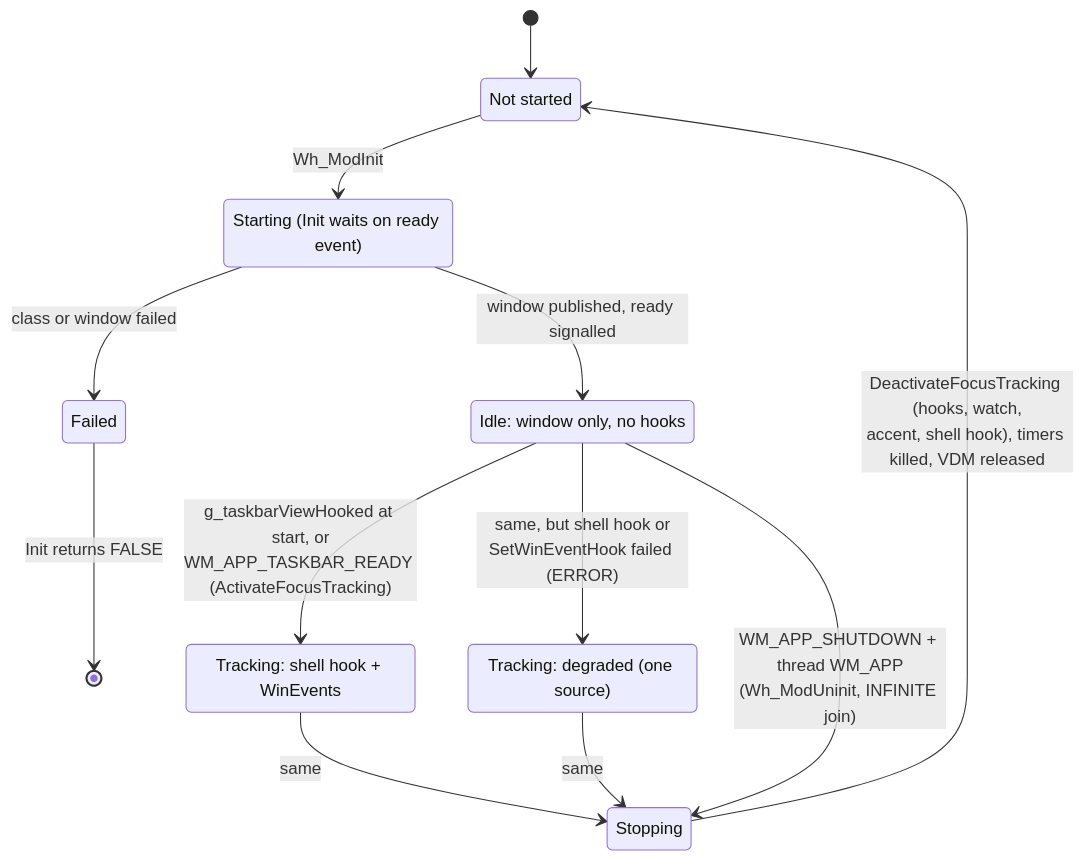
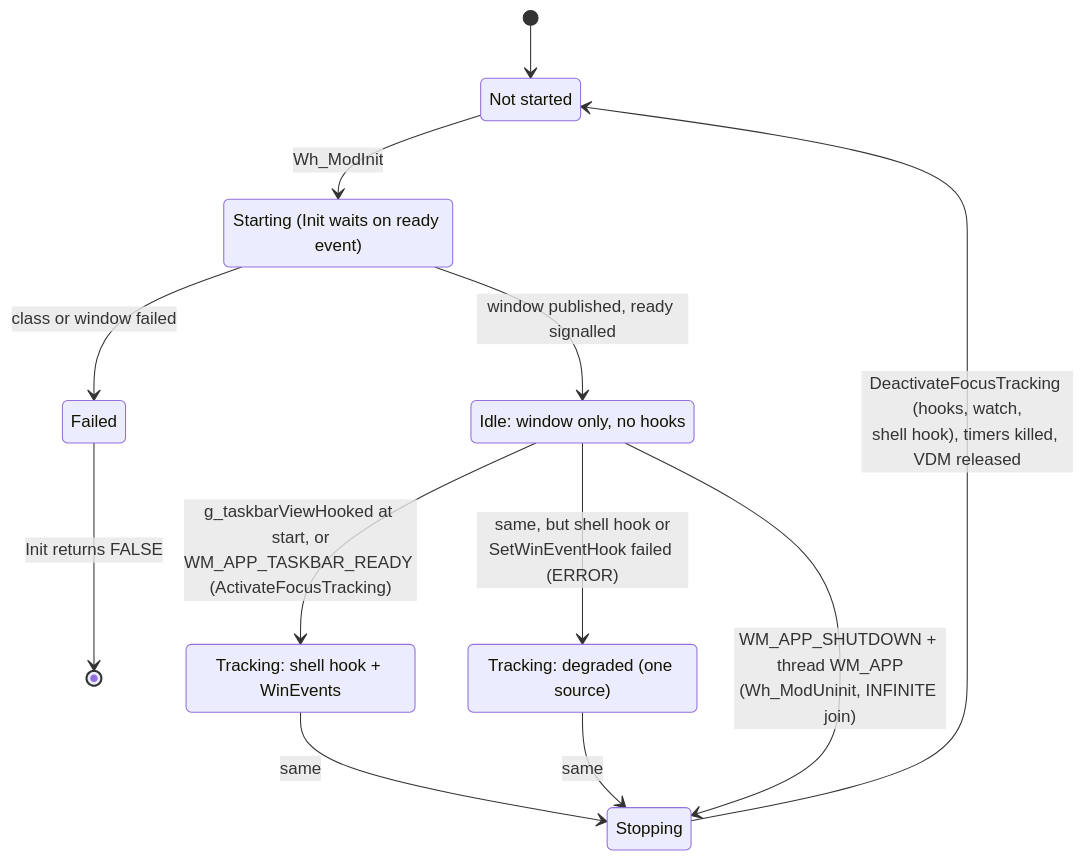
Before and after one commit to jvlasek/taskbar-recent-focus-highlight: diagram 13 of 17 in doc/code/state-machines.md, drawn with Mermaid. The commit also changed 9 other files, not shown here.

````diff
--- a/doc/code/state-machines.md
+++ b/doc/code/state-machines.md
@@ -450,22 +450,22 @@
 ```mermaid
 stateDiagram-v2
     direction TB
     state "Not started" as N
     state "Starting (Init waits on ready event)" as S
     state "Idle: window only, no hooks" as Idle
     state "Tracking: shell hook + WinEvents" as Full
     state "Tracking: degraded (one source)" as Deg
     state "Stopping" as X
     state "Failed" as F
     [*] --> N
     N --> S : Wh_ModInit
     S --> F : class or window failed
     S --> Idle : window published, ready signalled
     Idle --> Full : g_taskbarViewHooked at start, or<br/>WM_APP_TASKBAR_READY (ActivateFocusTracking)
     Idle --> Deg : same, but shell hook or<br/>SetWinEventHook failed (ERROR)
     F --> [*] : Init returns FALSE
     Idle --> X : WM_APP_SHUTDOWN + thread WM_APP<br/>(Wh_ModUninit, INFINITE join)
     Full --> X : same
     Deg --> X : same
-    X --> N : DeactivateFocusTracking (hooks, watch,<br/>accent, shell hook), timers killed, VDM released
+    X --> N : DeactivateFocusTracking (hooks, watch,<br/>shell hook), timers killed, VDM released
 ```
````
